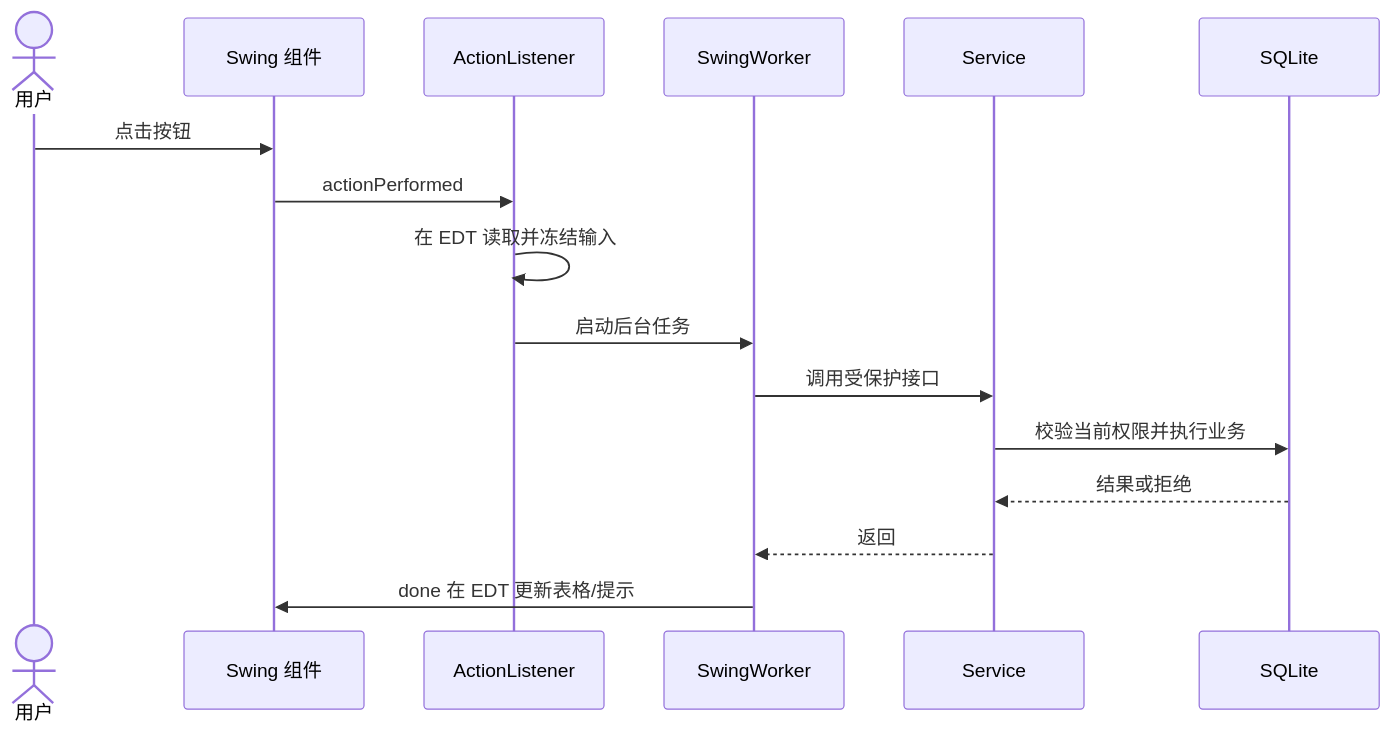
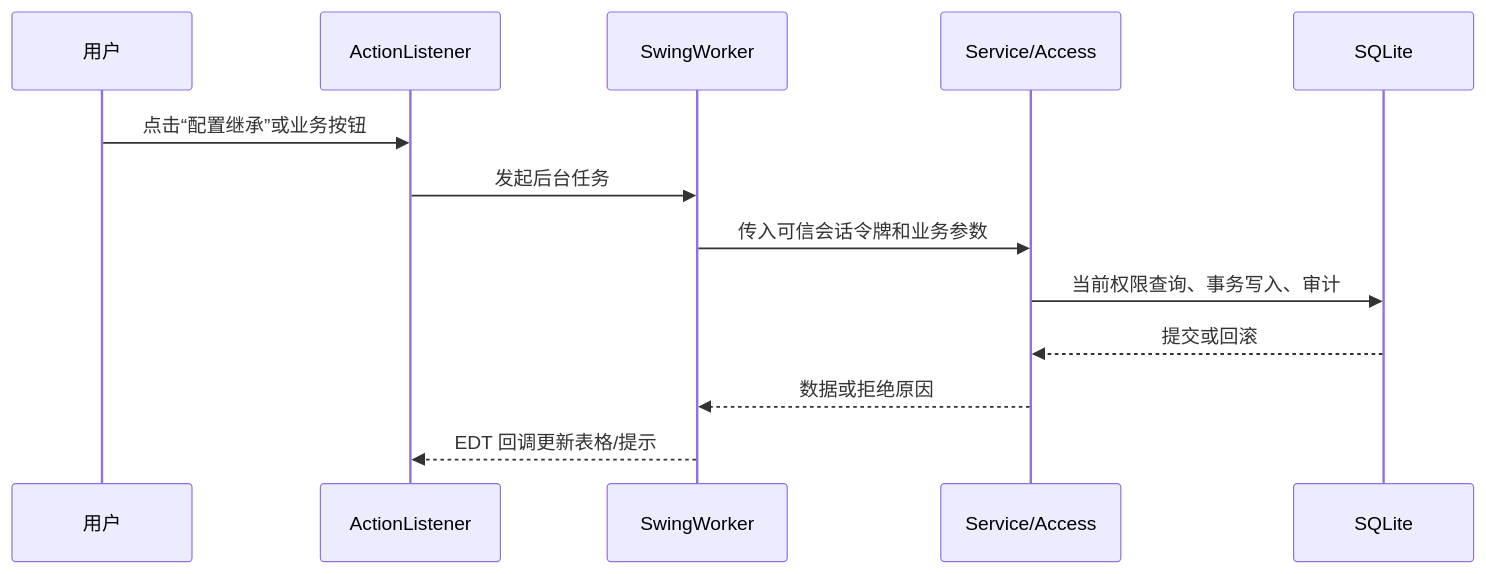
The second of 2 diagrams in docs/COURSE_REPORT.md (cppppercy/campus-work-order-rbac), drawn with Mermaid before and after one commit. The commit also changed other lines of this file and 23 other files, not shown here.

````diff
--- a/docs/COURSE_REPORT.md
+++ b/docs/COURSE_REPORT.md
@@ -147,18 +60,15 @@
 ```mermaid
 sequenceDiagram
-    actor User as 用户
-    participant UI as Swing 组件
+    participant U as 用户
     participant L as ActionListener
     participant W as SwingWorker
-    participant S as Service
+    participant S as Service/Access
     participant D as SQLite
-    User->>UI: 点击按钮
-    UI->>L: actionPerformed
-    L->>L: 在 EDT 读取并冻结输入
-    L->>W: 启动后台任务
-    W->>S: 调用受保护接口
-    S->>D: 校验当前权限并执行业务
-    D-->>S: 结果或拒绝
-    S-->>W: 返回
-    W->>UI: done 在 EDT 更新表格/提示
+    U->>L: 点击“配置继承”或业务按钮
+    L->>W: 发起后台任务
+    W->>S: 传入可信会话令牌和业务参数
+    S->>D: 当前权限查询、事务写入、审计
+    D-->>S: 提交或回滚
+    S-->>W: 数据或拒绝原因
+    W-->>L: EDT 回调更新表格/提示
 ```
````
